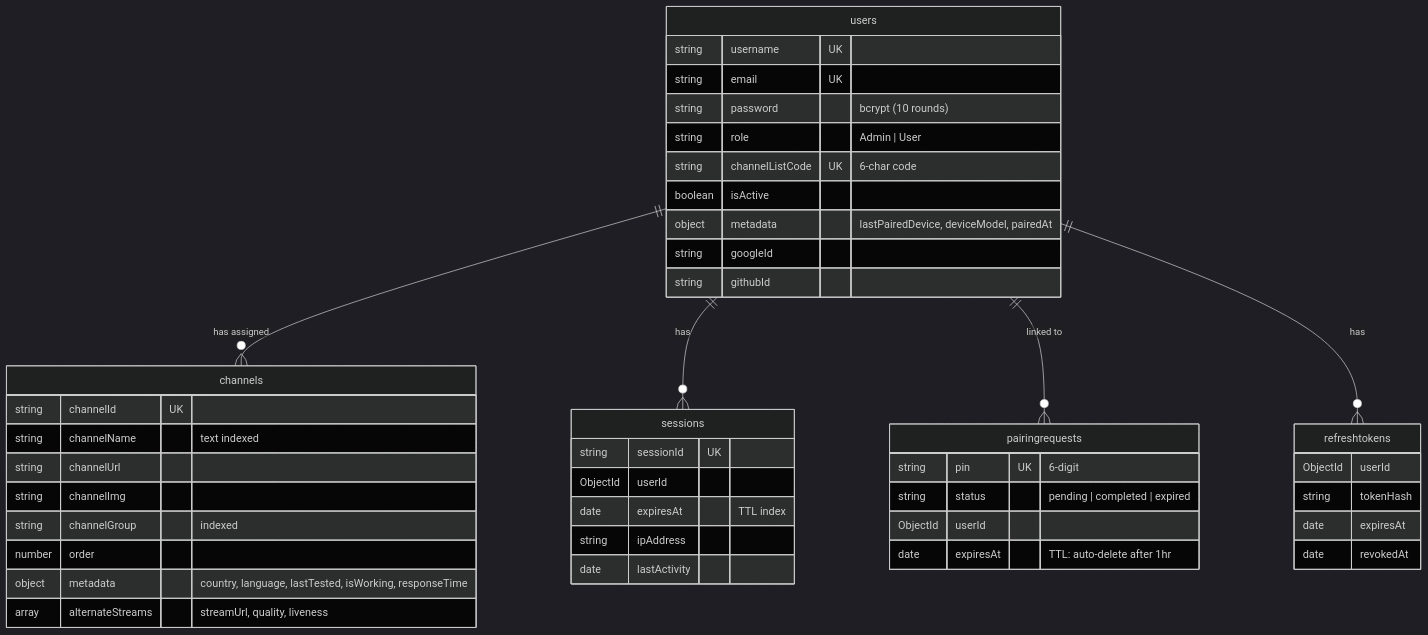
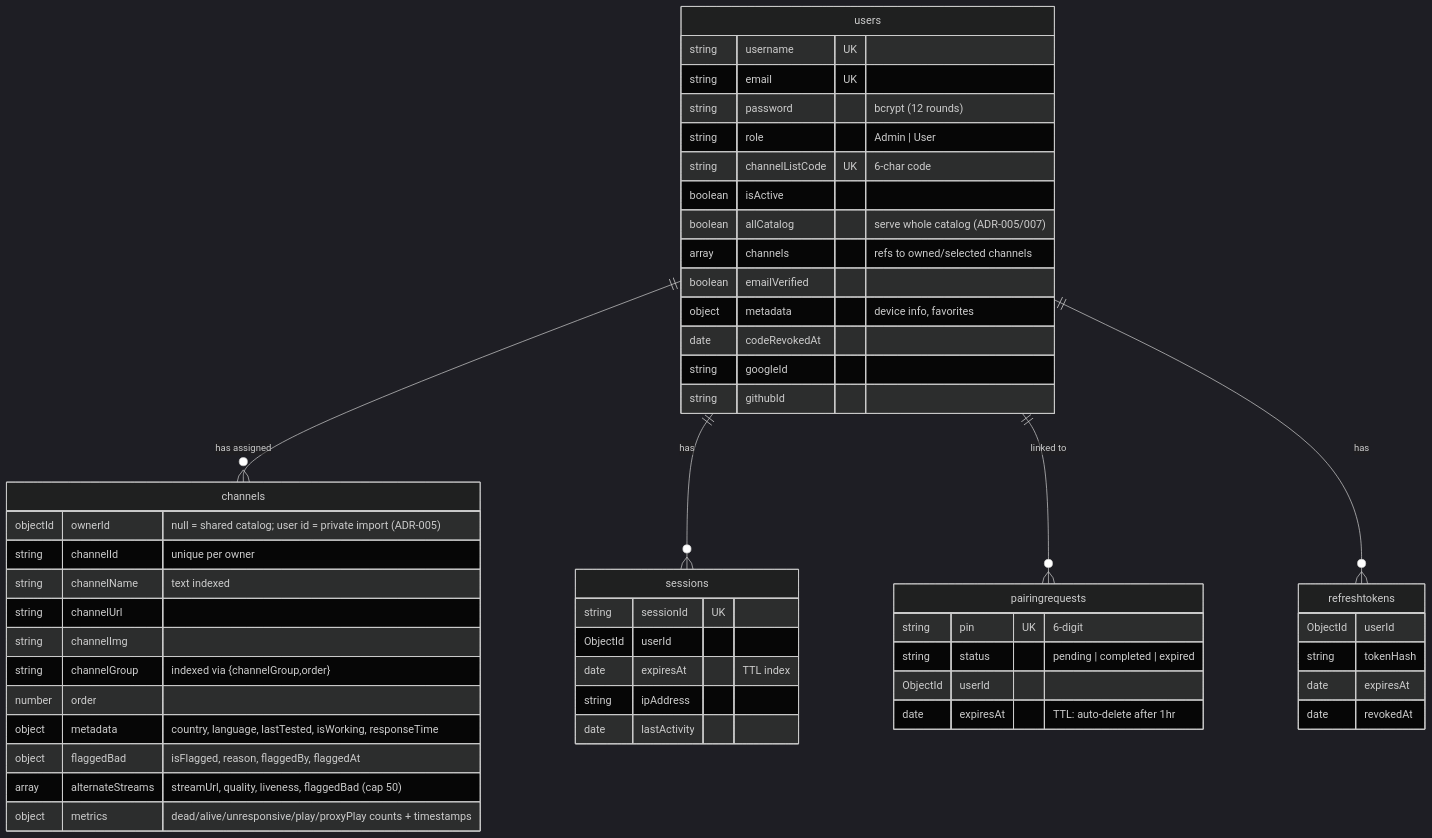
Before and after one commit to akshaynikhare/FireVisionIPTVServer: the second of 5 diagrams in docs/ARCHITECTURE.md, drawn with Mermaid (dark theme). The commit also changed other lines of this file and 3 other files, not shown here.

First line of the commit message:
Update API documentation and architecture details

````diff
--- a/docs/ARCHITECTURE.md
+++ b/docs/ARCHITECTURE.md
@@ -71,52 +74,59 @@
 ```mermaid
 erDiagram
     users ||--o{ channels : "has assigned"
     users ||--o{ sessions : "has"
     users ||--o{ pairingrequests : "linked to"
     users ||--o{ refreshtokens : "has"
 
     users {
         string username UK
         string email UK
-        string password "bcrypt (10 rounds)"
+        string password "bcrypt (12 rounds)"
         string role "Admin | User"
         string channelListCode UK "6-char code"
         boolean isActive
-        object metadata "lastPairedDevice, deviceModel, pairedAt"
+        boolean allCatalog "serve whole catalog (ADR-005/007)"
+        array channels "refs to owned/selected channels"
+        boolean emailVerified
+        object metadata "device info, favorites"
+        date codeRevokedAt
         string googleId
         string githubId
     }
 
     channels {
-        string channelId UK
+        objectId ownerId "null = shared catalog; user id = private import (ADR-005)"
+        string channelId "unique per owner"
         string channelName "text indexed"
         string channelUrl
         string channelImg
-        string channelGroup "indexed"
+        string channelGroup "indexed via {channelGroup,order}"
         number order
         object metadata "country, language, lastTested, isWorking, responseTime"
-        array alternateStreams "streamUrl, quality, liveness"
+        object flaggedBad "isFlagged, reason, flaggedBy, flaggedAt"
+        array alternateStreams "streamUrl, quality, liveness, flaggedBad (cap 50)"
+        object metrics "dead/alive/unresponsive/play/proxyPlay counts + timestamps"
     }
 
     sessions {
         string sessionId UK
         ObjectId userId
         date expiresAt "TTL index"
         string ipAddress
         date lastActivity
     }
 
     pairingrequests {
         string pin UK "6-digit"
         string status "pending | completed | expired"
         ObjectId userId
         date expiresAt "TTL: auto-delete after 1hr"
     }
 
     refreshtokens {
         ObjectId userId
         string tokenHash
         date expiresAt
         date revokedAt
     }
 ```
````
